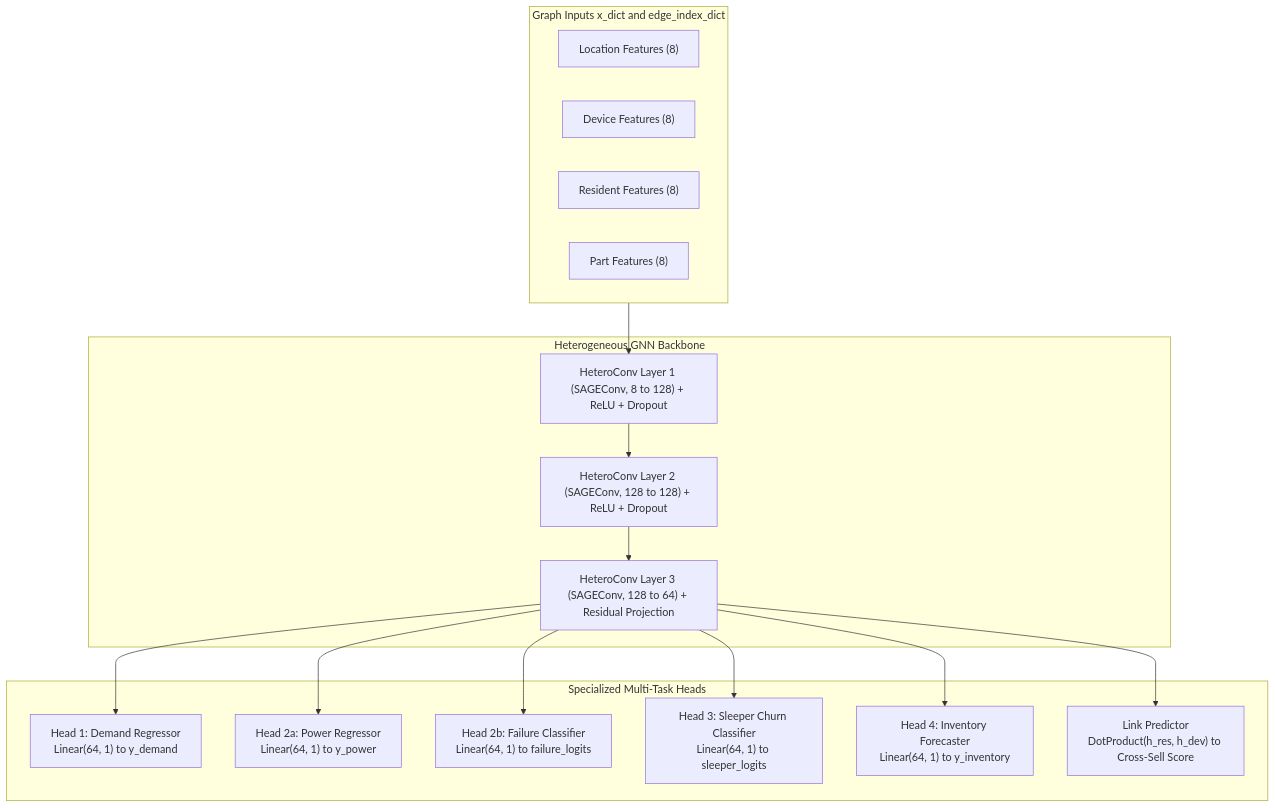
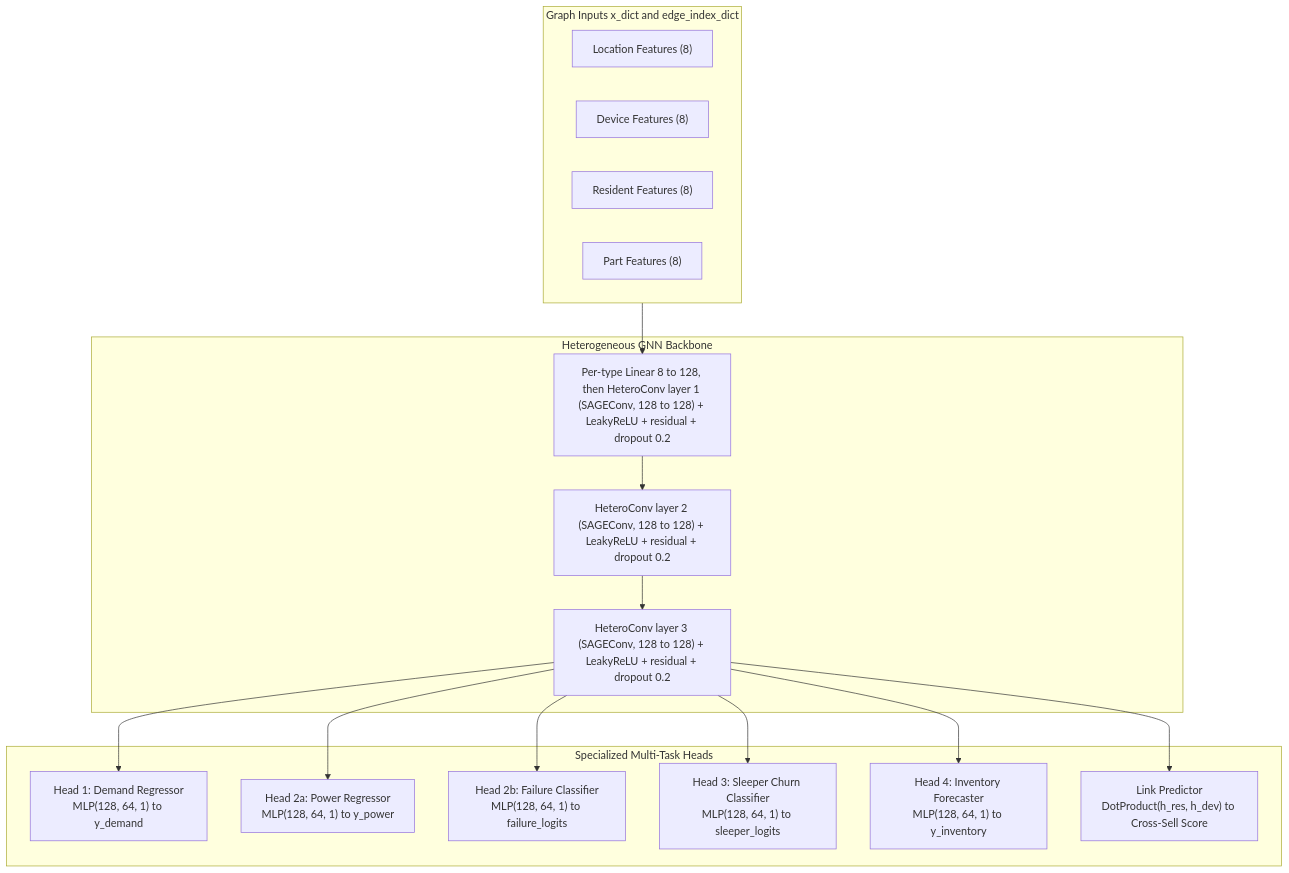
The diagram in docs/ml_lifecycle/06_Model_Selection.md (AnimeshBasak-14/SmartHVAC), drawn with Mermaid before and after one commit. The commit also changed other lines of this file and 14 other files, not shown here.

````diff
--- a/docs/ml_lifecycle/06_Model_Selection.md
+++ b/docs/ml_lifecycle/06_Model_Selection.md
@@ -52,32 +52,32 @@
 ```mermaid
 flowchart TD
     subgraph Inputs["Graph Inputs x_dict and edge_index_dict"]
         In_Loc["Location Features (8)"]
         In_Dev["Device Features (8)"]
         In_Res["Resident Features (8)"]
         In_Part["Part Features (8)"]
     end
 
     subgraph Backbone["Heterogeneous GNN Backbone"]
-        HConv1["HeteroConv Layer 1 (SAGEConv, 8 to 128) + ReLU + Dropout"]
-        HConv2["HeteroConv Layer 2 (SAGEConv, 128 to 128) + ReLU + Dropout"]
-        HConv3["HeteroConv Layer 3 (SAGEConv, 128 to 64) + Residual Projection"]
+        HConv1["Per-type Linear 8 to 128, then HeteroConv layer 1 (SAGEConv, 128 to 128) + LeakyReLU + residual + dropout 0.2"]
+        HConv2["HeteroConv layer 2 (SAGEConv, 128 to 128) + LeakyReLU + residual + dropout 0.2"]
+        HConv3["HeteroConv layer 3 (SAGEConv, 128 to 128) + LeakyReLU + residual + dropout 0.2"]
     end
 
     subgraph Heads["Specialized Multi-Task Heads"]
-        H_Dem["Head 1: Demand Regressor<br>Linear(64, 1) to y_demand"]
-        H_Pwr["Head 2a: Power Regressor<br>Linear(64, 1) to y_power"]
-        H_Fail["Head 2b: Failure Classifier<br>Linear(64, 1) to failure_logits"]
-        H_Churn["Head 3: Sleeper Churn Classifier<br>Linear(64, 1) to sleeper_logits"]
-        H_Inv["Head 4: Inventory Forecaster<br>Linear(64, 1) to y_inventory"]
+        H_Dem["Head 1: Demand Regressor<br>MLP(128, 64, 1) to y_demand"]
+        H_Pwr["Head 2a: Power Regressor<br>MLP(128, 64, 1) to y_power"]
+        H_Fail["Head 2b: Failure Classifier<br>MLP(128, 64, 1) to failure_logits"]
+        H_Churn["Head 3: Sleeper Churn Classifier<br>MLP(128, 64, 1) to sleeper_logits"]
+        H_Inv["Head 4: Inventory Forecaster<br>MLP(128, 64, 1) to y_inventory"]
         H_Link["Link Predictor<br>DotProduct(h_res, h_dev) to Cross-Sell Score"]
     end
 
     Inputs --> HConv1 --> HConv2 --> HConv3
     HConv3 --> H_Dem
     HConv3 --> H_Pwr
     HConv3 --> H_Fail
     HConv3 --> H_Churn
     HConv3 --> H_Inv
     HConv3 --> H_Link
 ```
````
